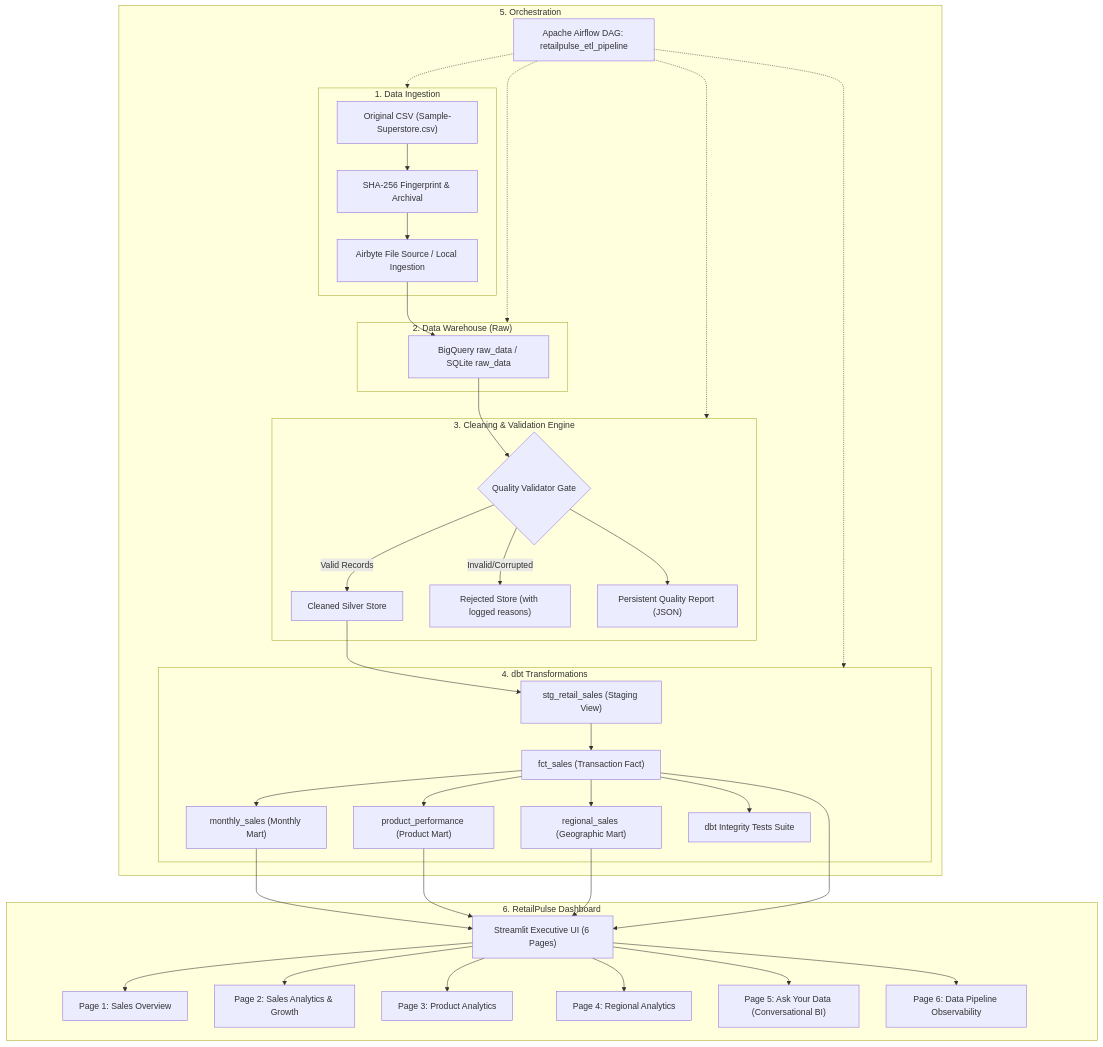
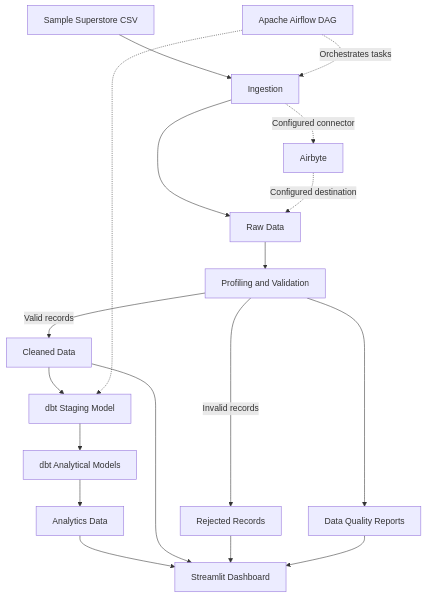
The diagram in README.md (krish110806/RetailSales-), drawn with Mermaid before and after one commit. The commit also changed other lines of this file, not shown here.

Commit message:
Improve RetailPulse README documentation

````diff
--- a/README.md
+++ b/README.md
@@ -24,44 +130,20 @@
-```mermaid
+``` mermaid
 flowchart TD
-    subgraph S1["1. Data Ingestion"]
-        A["Original CSV (Sample-Superstore.csv)"] --> B["SHA-256 Fingerprint & Archival"]
-        B --> C["Airbyte File Source / Local Ingestion"]
-    end
-
-    subgraph S2["2. Data Warehouse (Raw)"]
-        C --> D["BigQuery raw_data / SQLite raw_data"]
-    end
-
-    subgraph S3["3. Cleaning & Validation Engine"]
-        D --> E{"Quality Validator Gate"}
-        E -->|Valid Records| F["Cleaned Silver Store"]
-        E -->|Invalid/Corrupted| G["Rejected Store (with logged reasons)"]
-        E --> H["Persistent Quality Report (JSON)"]
-    end
-
-    subgraph S4["4. dbt Transformations"]
-        F --> I["stg_retail_sales (Staging View)"]
-        I --> J["fct_sales (Transaction Fact)"]
-        J --> K["monthly_sales (Monthly Mart)"]
-        J --> L["product_performance (Product Mart)"]
-        J --> M["regional_sales (Geographic Mart)"]
-        J --> N["dbt Integrity Tests Suite"]
-    end
-
-    subgraph S5["5. Orchestration"]
-        O["Apache Airflow DAG: retailpulse_etl_pipeline"] -.-> S1
-        O -.-> S2
-        O -.-> S3
-        O -.-> S4
-    end
-
-    subgraph S6["6. RetailPulse Dashboard"]
-        K & L & M & J --> P["Streamlit Executive UI (6 Pages)"]
-        P --> Q["Page 1: Sales Overview"]
-        P --> R["Page 2: Sales Analytics & Growth"]
-        P --> S["Page 3: Product Analytics"]
-        P --> T["Page 4: Regional Analytics"]
-        P --> U["Page 5: Ask Your Data (Conversational BI)"]
-        P --> V["Page 6: Data Pipeline Observability"]
-    end
+    A["Sample Superstore CSV"] --> B["Ingestion"]
+    B --> C["Raw Data"]
+    C --> D["Profiling and Validation"]
+    D -->|Valid records| E["Cleaned Data"]
+    D -->|Invalid records| F["Rejected Records"]
+    D --> G["Data Quality Reports"]
+    E --> H["dbt Staging Model"]
+    H --> I["dbt Analytical Models"]
+    I --> J["Analytics Data"]
+    B -. "Configured connector" .-> K["Airbyte"]
+    K -. "Configured destination" .-> C
+    L["Apache Airflow DAG"] -. "Orchestrates tasks" .-> B
+    L -.-> H
+    J --> M["Streamlit Dashboard"]
+    E --> M
+    F --> M
+    G --> M
 ```
````
